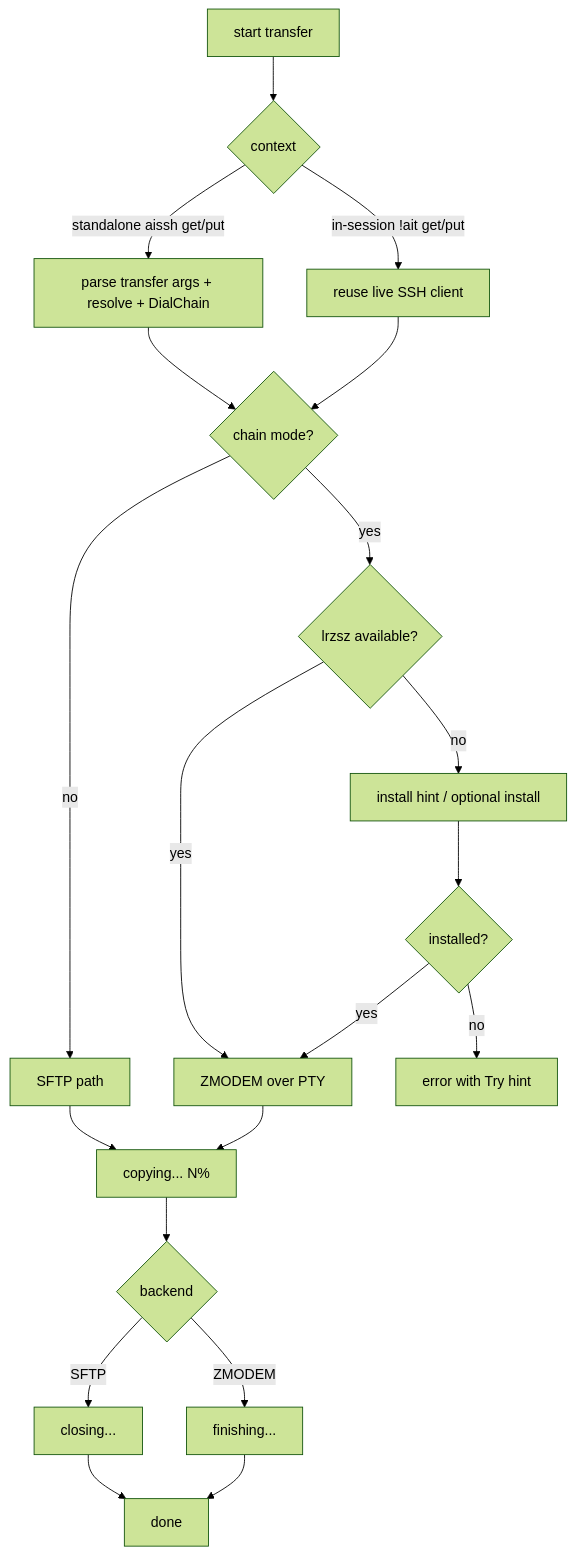
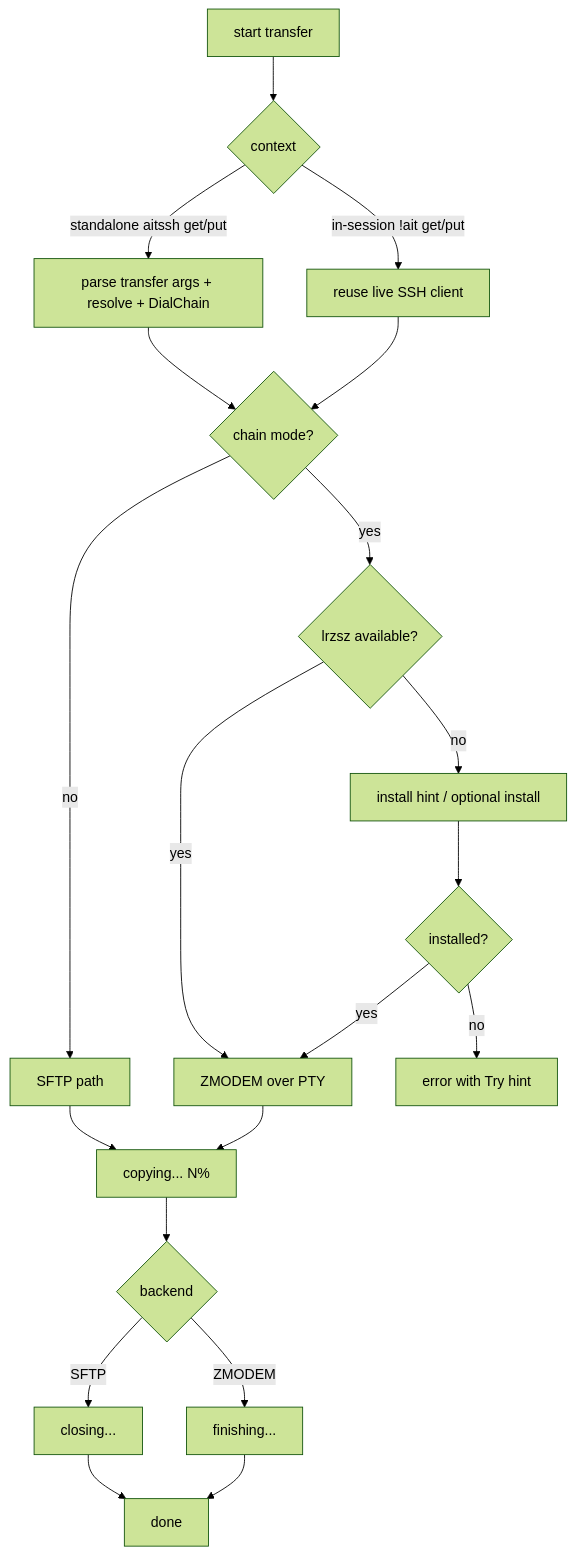
One commit to ylgeeker/AiT changed the eighth of 11 diagrams in docs/tools/aissh-internals.md. Above: the diagram before and after it, drawn with Mermaid (forest theme). The commit also changed other lines of this file and 105 other files, not shown here.

````diff
--- a/docs/tools/aissh-internals.md
+++ b/docs/tools/aissh-internals.md
@@ -439,22 +440,22 @@
 ```mermaid
 flowchart TD
   S[start transfer] --> T{context}
-  T -->|standalone aissh get/put| A[parse transfer args + resolve + DialChain]
+  T -->|standalone aitssh get/put| A[parse transfer args + resolve + DialChain]
   T -->|in-session !ait get/put| B[reuse live SSH client]
   A --> D{chain mode?}
   B --> D
   D -->|no| E[SFTP path]
   D -->|yes| F{lrzsz available?}
   F -->|yes| G[ZMODEM over PTY]
   F -->|no| H[install hint / optional install]
   H --> I{installed?}
   I -->|yes| G
   I -->|no| J[error with Try hint]
   E --> K[copying... N%]
   G --> K
   K --> L{backend}
   L -->|SFTP| M[closing...]
   L -->|ZMODEM| N[finishing...]
   M --> O[done]
   N --> O
 ```
````
